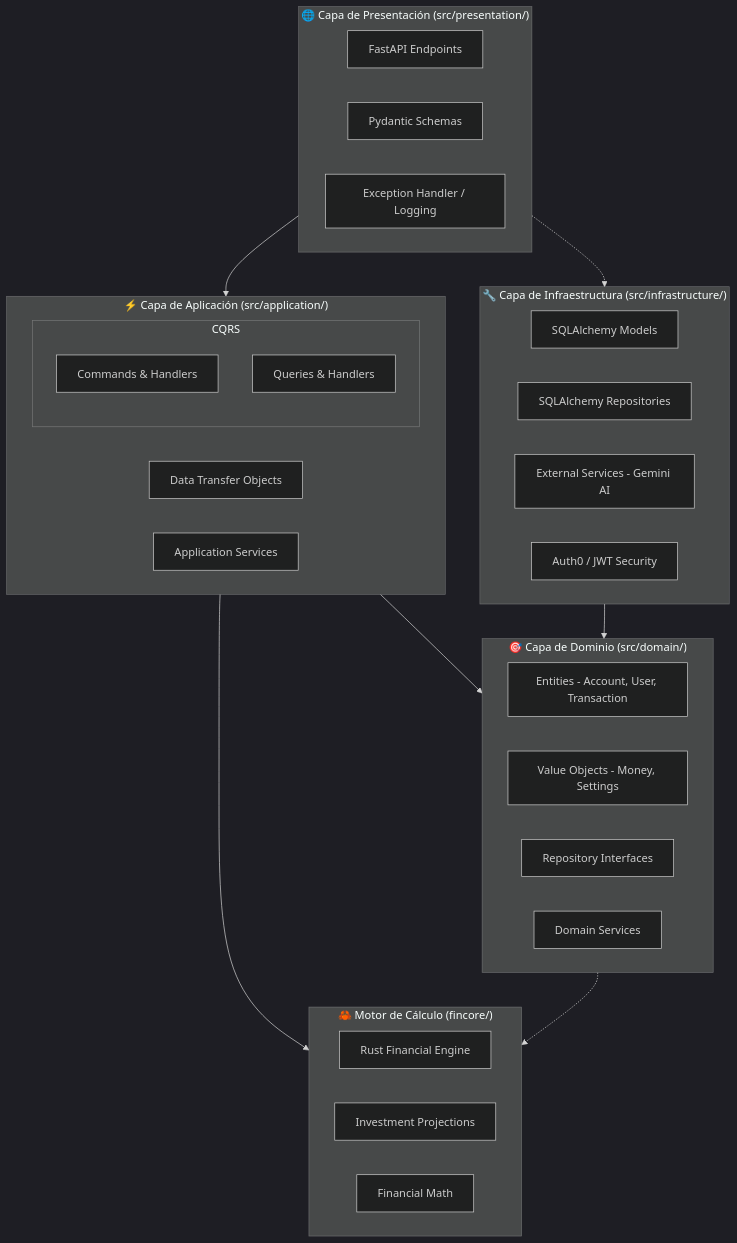
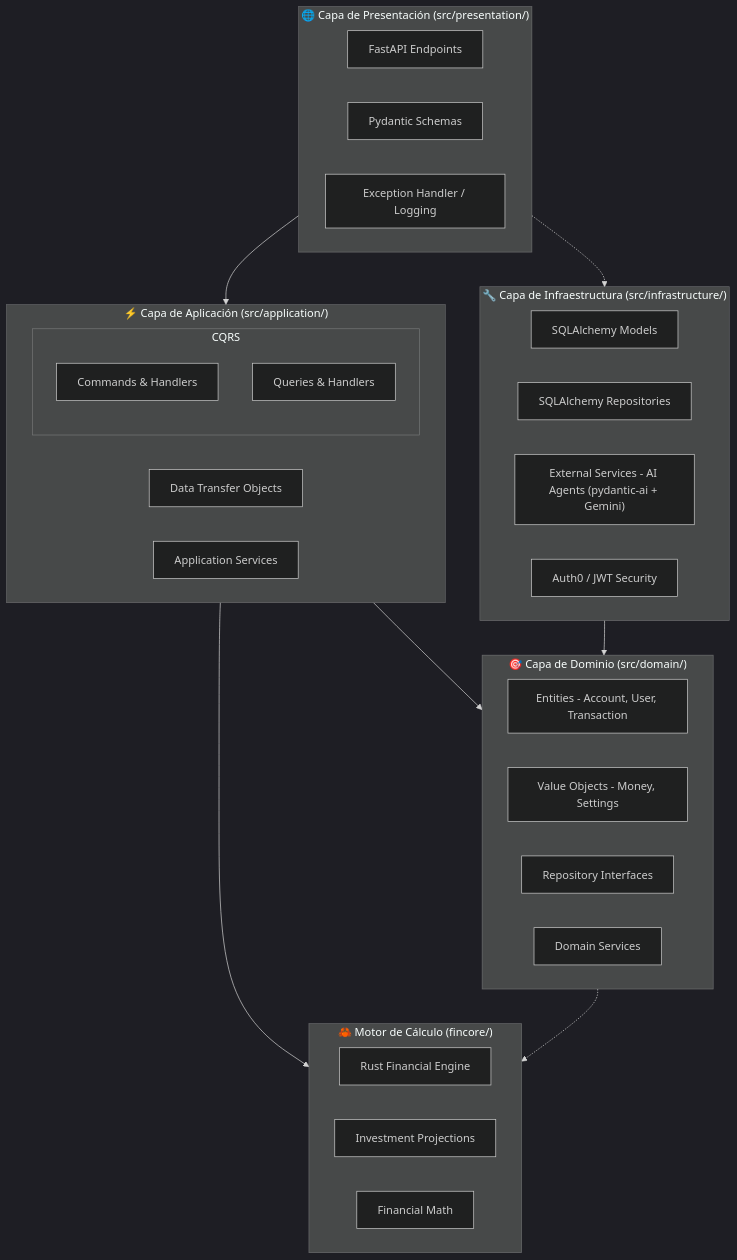
The first of 8 diagrams in docs/ARCHITECTURE.md (DiegoDG-01/LunanceIA), drawn with Mermaid (dark theme) before and after one commit. The commit also changed other lines of this file and 2 other files, not shown here.

First line of the commit message:
Doc: Integrate AI agents and update rate limiting strategy

````diff
--- a/docs/ARCHITECTURE.md
+++ b/docs/ARCHITECTURE.md
@@ -9,45 +9,45 @@
 ```mermaid
 graph TD
     subgraph Presentation ["🌐 Capa de Presentación (src/presentation/)"]
         API[FastAPI Endpoints]
         Schemas[Pydantic Schemas]
         Middleware[Exception Handler / Logging]
     end
 
     subgraph Application ["⚡ Capa de Aplicación (src/application/)"]
         subgraph CQRS
             Commands[Commands & Handlers]
             Queries[Queries & Handlers]
         end
         DTOs[Data Transfer Objects]
         ServicesApp[Application Services]
     end
 
     subgraph Domain ["🎯 Capa de Dominio (src/domain/)"]
         Entities[Entities - Account, User, Transaction]
         VO[Value Objects - Money, Settings]
         RepoInterfaces[Repository Interfaces]
         DomainServices[Domain Services]
     end
 
     subgraph Core ["🦀 Motor de Cálculo (fincore/)"]
         RustCore[Rust Financial Engine]
         Projections[Investment Projections]
         Math[Financial Math]
     end
 
     subgraph Infrastructure ["🔧 Capa de Infraestructura (src/infrastructure/)"]
         DB[SQLAlchemy Models]
         SQLRepo[SQLAlchemy Repositories]
-        ExtServices[External Services - Gemini AI]
+        ExtServices["External Services - AI Agents (pydantic-ai + Gemini)"]
         Security[Auth0 / JWT Security]
     end
 
     %% Dependencies
     Presentation --> Application
     Application --> Domain
     Infrastructure --> Domain
     Application --> Core
     Domain -.-> Core
     Presentation -.-> Infrastructure
 ```
````
